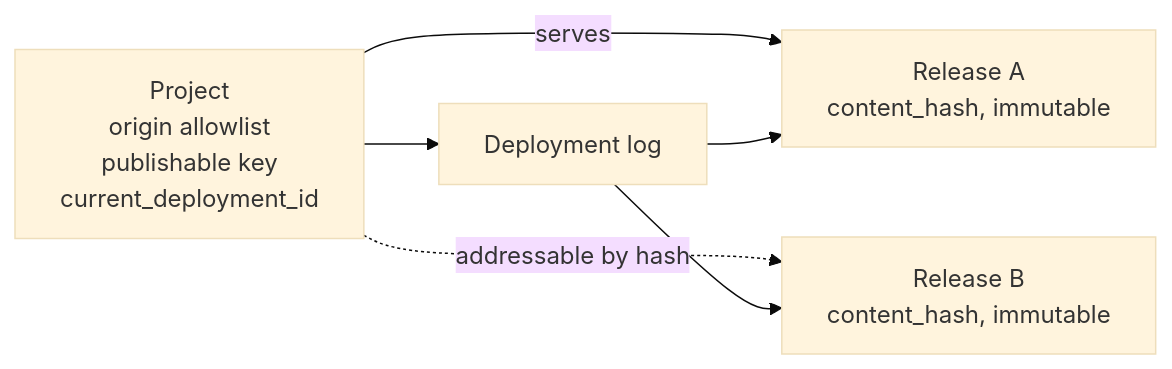
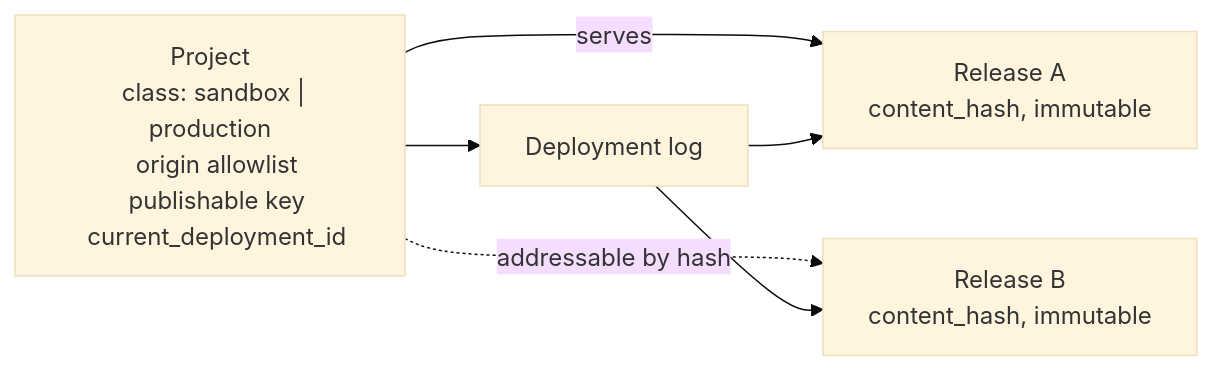
Before and after one commit to zitadel/nextgen: the diagram in docs/design/platform/releases-without-environments.md, drawn with Mermaid (base theme). The commit also changed other lines of this file, not shown here.

````diff
--- a/docs/design/platform/releases-without-environments.md
+++ b/docs/design/platform/releases-without-environments.md
@@ -85,17 +85,18 @@
 ```mermaid
 flowchart LR
   P["Project
+  class: sandbox | production
   origin allowlist
   publishable key
   current_deployment_id"]
   R1["Release A
   content_hash, immutable"]
   R2["Release B
   content_hash, immutable"]
   D[Deployment log]
   P -->|serves| R1
   P -.->|addressable by hash| R2
   P --> D
   D --> R1
   D --> R2
 ```
````
